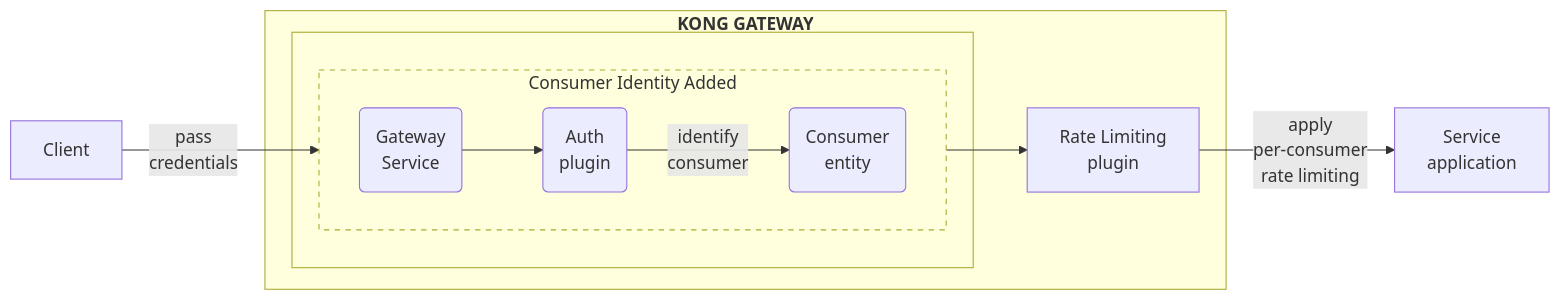
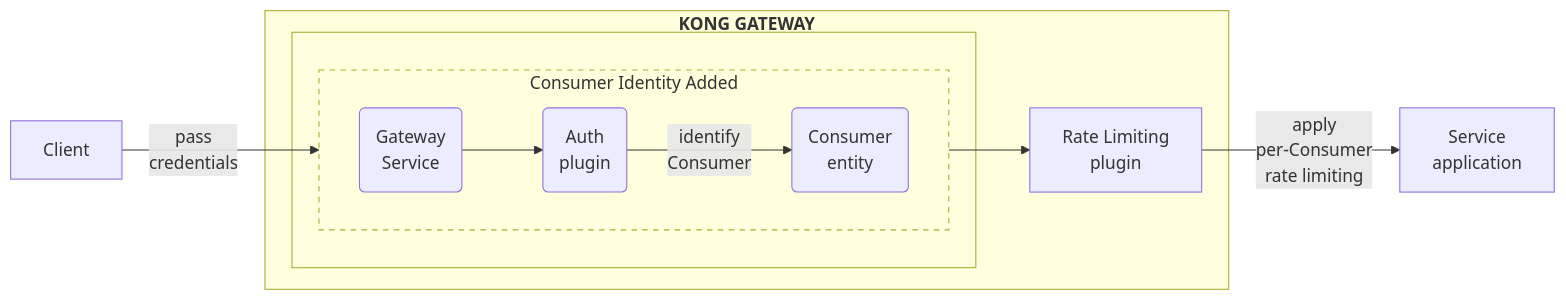
One commit to Kong/developer.konghq.com changed the diagram in app/_gateway_entities/consumer.md. Above: the diagram before and after it, drawn with Mermaid. The commit also changed other lines of this file and 3 other files, not shown here.

```diff
--- a/app/_gateway_entities/consumer.md
+++ b/app/_gateway_entities/consumer.md
@@ -94,37 +96,37 @@
 {% mermaid %}
 flowchart LR
 
 Consumer(Consumer 
 entity)
 Service(Gateway 
 Service)
 Auth(Auth
 plugin)
 Upstream[Service 
 application]
 RL["Rate Limiting 
 plugin"]
 
 Client --pass
 credentials--> Service
 subgraph id1 ["`**KONG GATEWAY**`"]
     subgraph padding[ ]
 
 subgraph Authenticate ["Consumer Identity Added"]
     direction LR
     Service --> Auth
     Auth--identify 
-    consumer-->Consumer
+    Consumer-->Consumer
     end
 end
 
 Consumer--> RL
 end
 RL --apply 
-per-consumer
+per-Consumer
 rate limiting--> Upstream
 
 style Authenticate stroke-dasharray: 5 5
 style padding stroke:none!important,fill:none!important
 
 {% endmermaid %}
```
